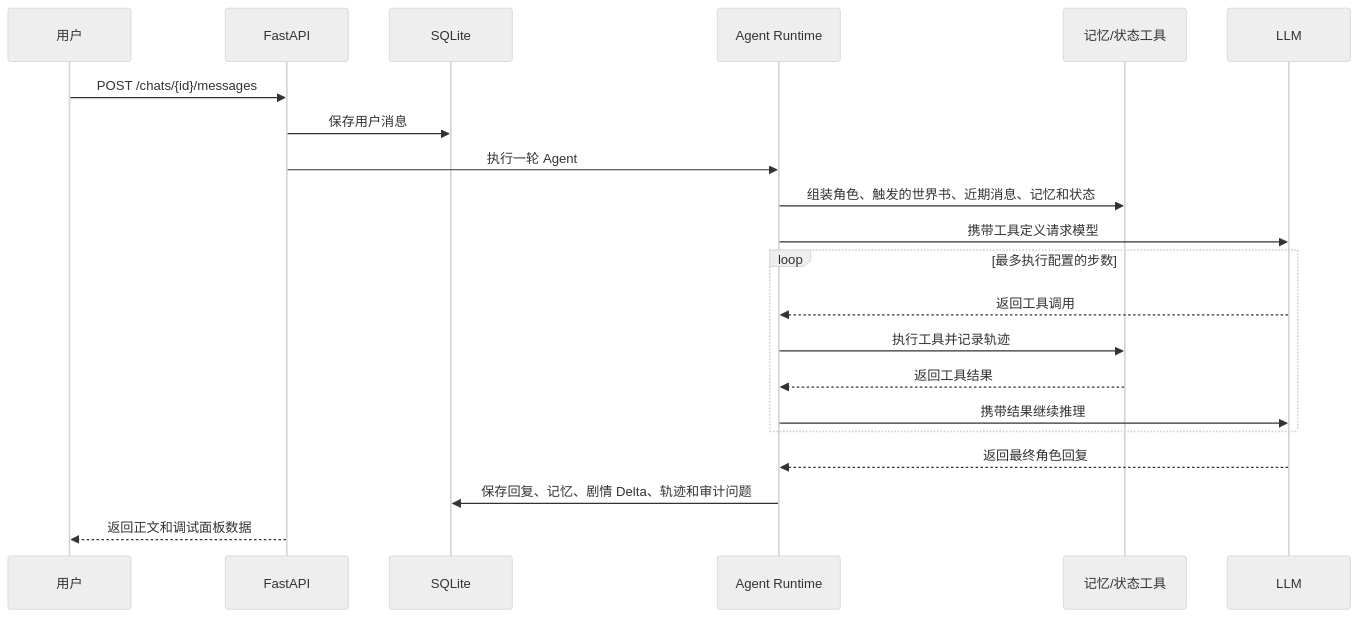
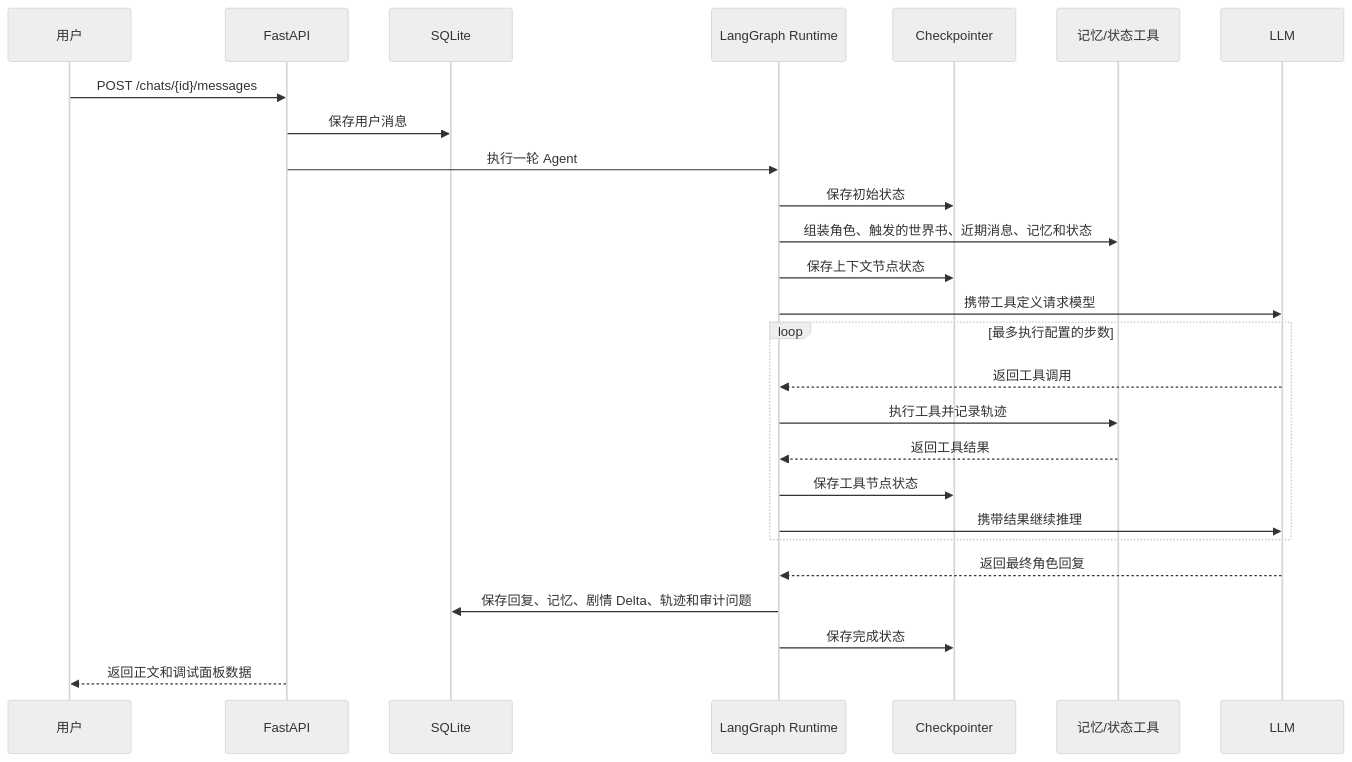
Before and after one commit to maximilian-2778/saraswati-agent: the second of 2 diagrams in docs/ARCHITECTURE.md, drawn with Mermaid (neutral theme). The commit also changed other lines of this file and 14 other files, not shown here.

Commit message:
feat: migrate agent runtime to LangGraph

````diff
--- a/docs/ARCHITECTURE.md
+++ b/docs/ARCHITECTURE.md
@@ -46,24 +51,29 @@
 ```mermaid
 sequenceDiagram
     participant U as 用户
     participant A as FastAPI
     participant D as SQLite
-    participant R as Agent Runtime
+    participant R as LangGraph Runtime
+    participant C as Checkpointer
     participant M as 记忆/状态工具
     participant L as LLM
 
     U->>A: POST /chats/{id}/messages
     A->>D: 保存用户消息
     A->>R: 执行一轮 Agent
+    R->>C: 保存初始状态
     R->>M: 组装角色、触发的世界书、近期消息、记忆和状态
+    R->>C: 保存上下文节点状态
     R->>L: 携带工具定义请求模型
     loop 最多执行配置的步数
         L-->>R: 返回工具调用
         R->>M: 执行工具并记录轨迹
         M-->>R: 返回工具结果
+        R->>C: 保存工具节点状态
         R->>L: 携带结果继续推理
     end
     L-->>R: 返回最终角色回复
     R->>D: 保存回复、记忆、剧情 Delta、轨迹和审计问题
+    R->>C: 保存完成状态
     A-->>U: 返回正文和调试面板数据
 ```
````
